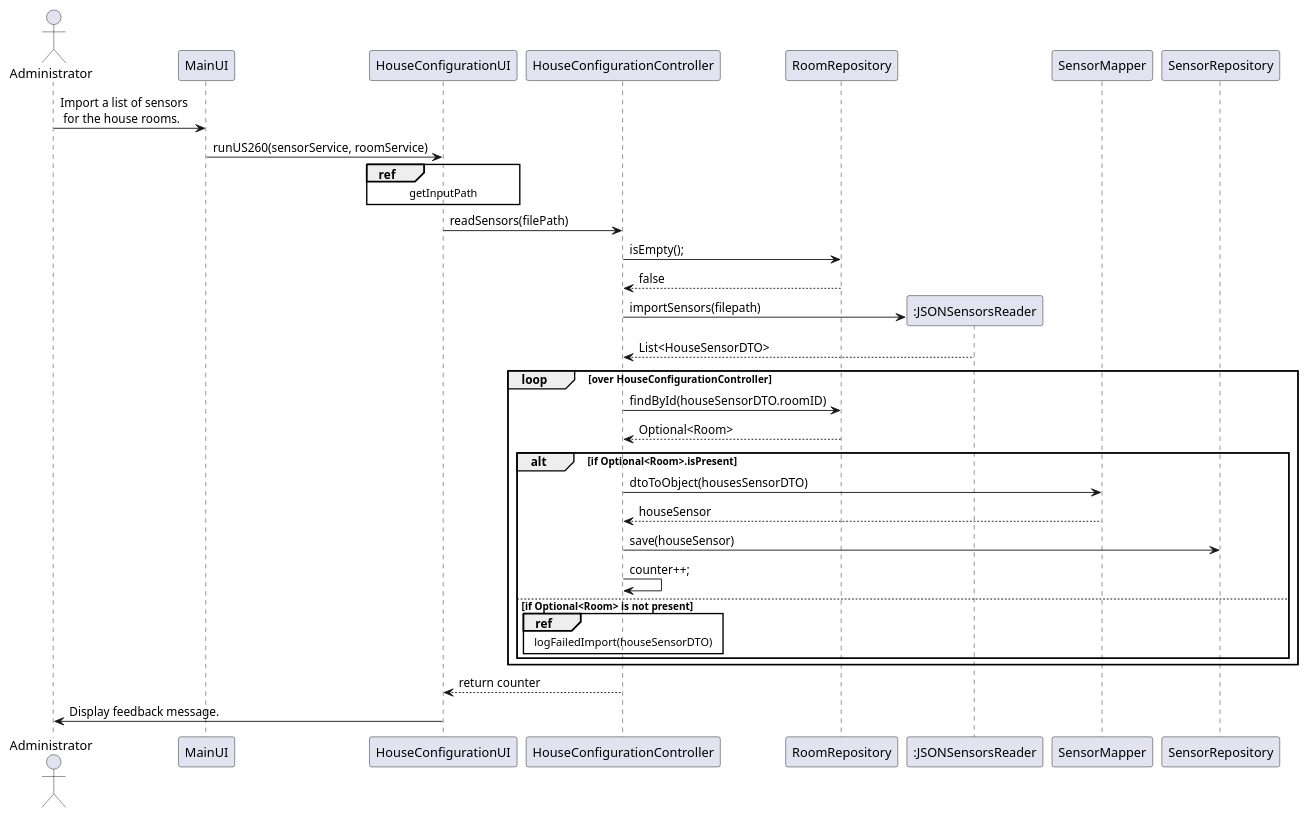
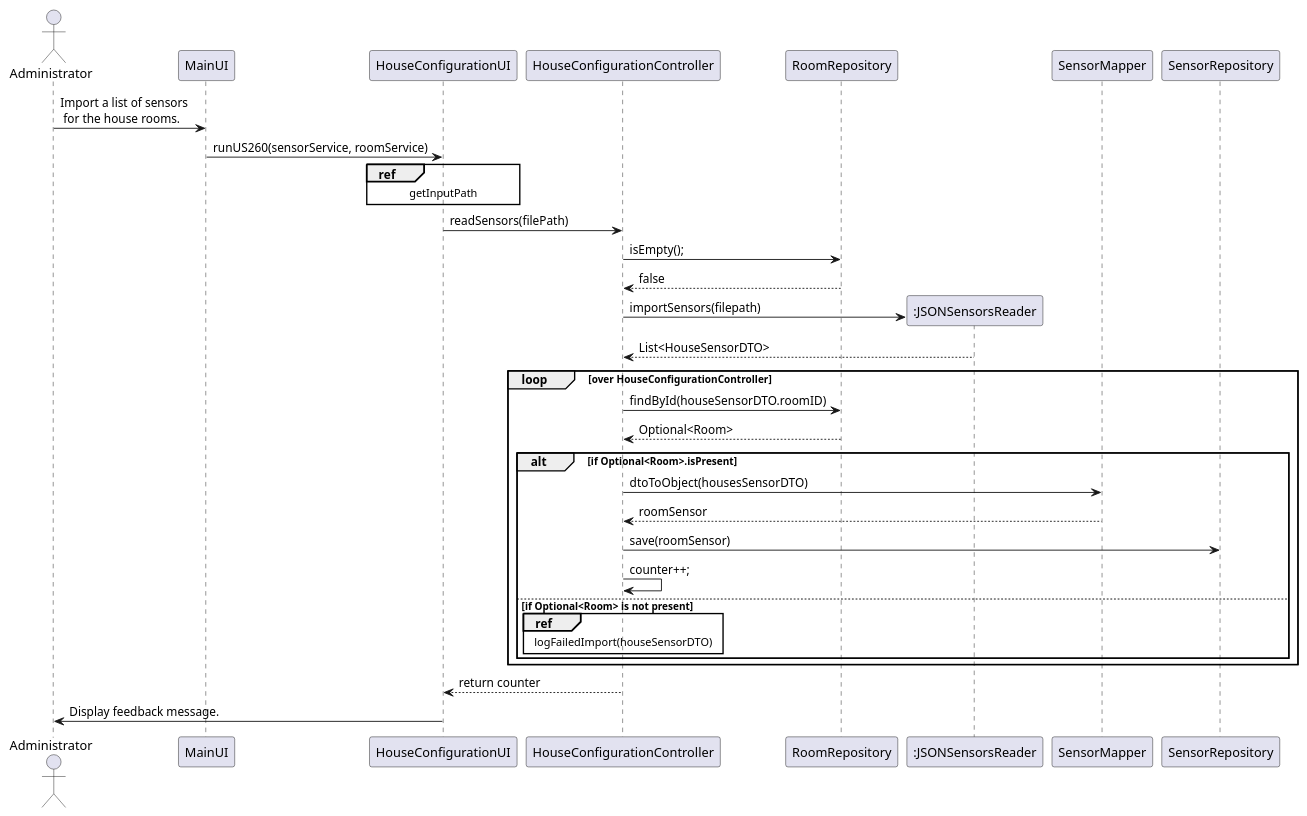
One commit to Almadanmp/project changed the diagram in src/doc/Controllers/HouseConfiguration/US260/US260_sd_HouseConfiguration.puml. Above: the diagram before and after it, drawn with PlantUML. The commit also changed 32 other files, not shown here.

Commit message:
REF #197 renames readingService to readingUtils renames HouseSensor to RoomSensor

```diff
--- a/src/doc/Controllers/HouseConfiguration/US260/US260_sd_HouseConfiguration.puml
+++ b/src/doc/Controllers/HouseConfiguration/US260/US260_sd_HouseConfiguration.puml
@@ -1,31 +1,31 @@
 @startuml
 actor Administrator
 Administrator->MainUI: Import a list of sensors \n for the house rooms.
 MainUI->HouseConfigurationUI: runUS260(sensorService, roomService)
 ref over HouseConfigurationUI
 getInputPath
 end
 HouseConfigurationUI-> HouseConfigurationController: readSensors(filePath)
 HouseConfigurationController -> RoomRepository: isEmpty();
 RoomRepository --> HouseConfigurationController: false
 create ":JSONSensorsReader"
 HouseConfigurationController -> ":JSONSensorsReader": importSensors(filepath)
 ":JSONSensorsReader" --> HouseConfigurationController: List<HouseSensorDTO>
 loop over HouseConfigurationController
 HouseConfigurationController -> RoomRepository: findById(houseSensorDTO.roomID)
 return Optional<Room>
 alt if Optional<Room>.isPresent
 HouseConfigurationController -> SensorMapper: dtoToObject(housesSensorDTO)
-return houseSensor
-HouseConfigurationController -> SensorRepository: save(houseSensor)
+return roomSensor
+HouseConfigurationController -> SensorRepository: save(roomSensor)
 HouseConfigurationController -> HouseConfigurationController: counter++;
 else if Optional<Room> is not present
 ref over HouseConfigurationController
 logFailedImport(houseSensorDTO)
 end
 end
 end
 HouseConfigurationController --> HouseConfigurationUI: return counter
 
 HouseConfigurationUI -> Administrator: Display feedback message.
 @enduml
```
